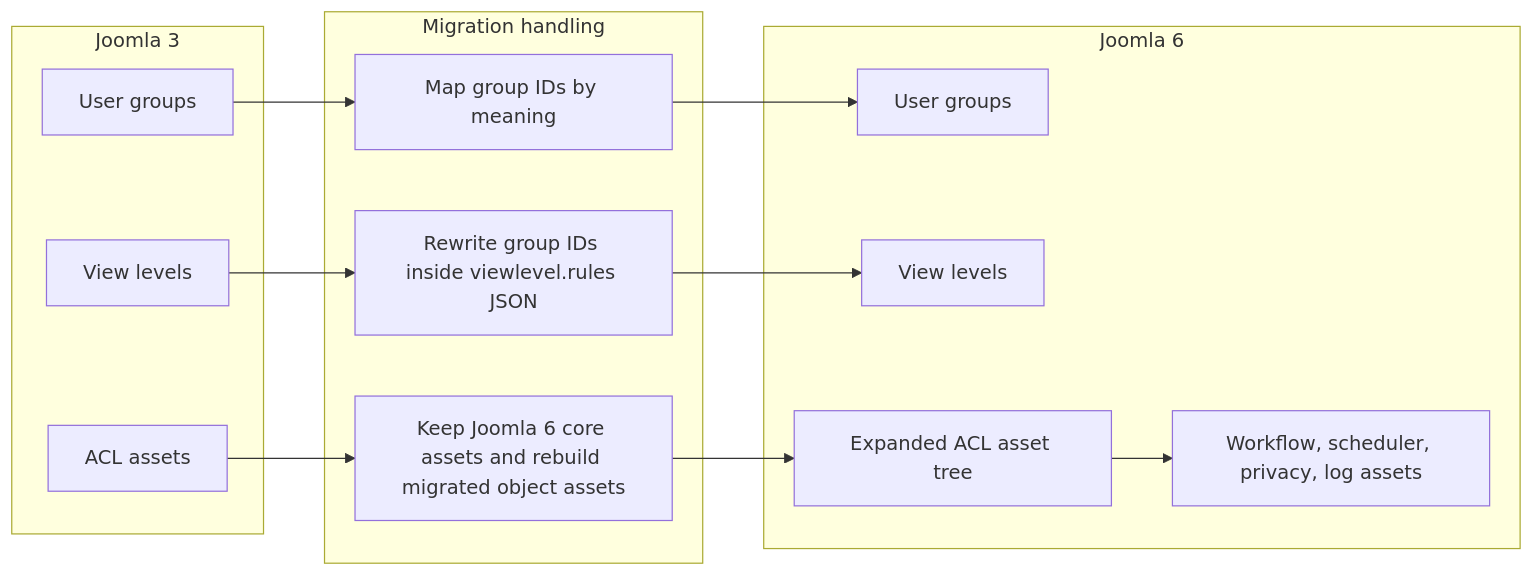
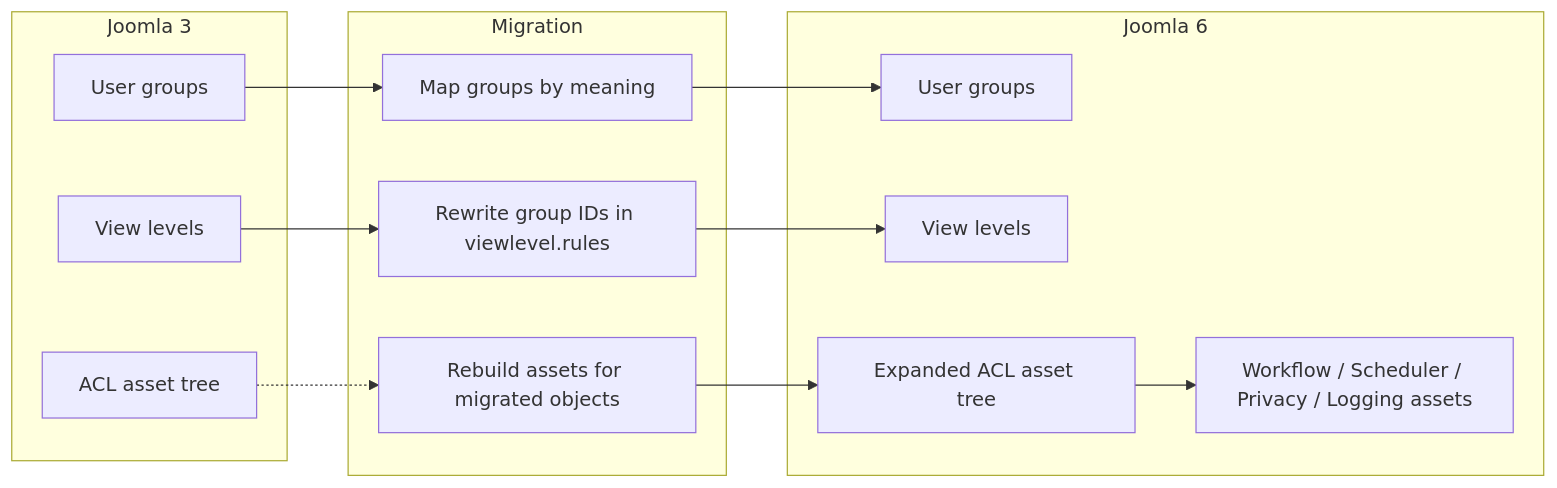
Before and after one commit to duyduyly/php-notebook: diagram 14 of 21 in docs/joomla/learning/database/joomla3-vs-joomla6-erd-gap-diagrams.md, drawn with Mermaid. The commit also changed other lines of this file, not shown here.

Commit message:
docs: improve Joomla 3 vs Joomla 6 ERD gap diagrams

````diff
--- a/docs/joomla/learning/database/joomla3-vs-joomla6-erd-gap-diagrams.md
+++ b/docs/joomla/learning/database/joomla3-vs-joomla6-erd-gap-diagrams.md
@@ -415,26 +500,26 @@
 ```mermaid
 flowchart LR
     subgraph J3["Joomla 3"]
-        J3GROUPS["User groups"]
+        J3GROUP["User groups"]
         J3VIEW["View levels"]
-        J3ASSETS["ACL assets"]
+        J3ASSET["ACL asset tree"]
     end
 
-    subgraph MAP["Migration handling"]
-        GROUPMAP["Map group IDs by meaning"]
-        RULEMAP["Rewrite group IDs inside viewlevel.rules JSON"]
-        ASSETREBUILD["Keep Joomla 6 core assets and rebuild migrated object assets"]
+    subgraph MAP["Migration"]
+        GROUPMAP["Map groups by meaning"]
+        RULEMAP["Rewrite group IDs in viewlevel.rules"]
+        ASSETBUILD["Rebuild assets for migrated objects"]
     end
 
     subgraph J6["Joomla 6"]
-        J6GROUPS["User groups"]
+        J6GROUP["User groups"]
         J6VIEW["View levels"]
-        J6ASSETS["Expanded ACL asset tree"]
-        J6NEW["Workflow, scheduler, privacy, log assets"]
+        J6ASSET["Expanded ACL asset tree"]
+        NEWASSETS["Workflow / Scheduler / Privacy / Logging assets"]
     end
 
-    J3GROUPS --> GROUPMAP --> J6GROUPS
+    J3GROUP --> GROUPMAP --> J6GROUP
     J3VIEW --> RULEMAP --> J6VIEW
-    J3ASSETS --> ASSETREBUILD --> J6ASSETS
-    J6ASSETS --> J6NEW
+    J3ASSET -.-> ASSETBUILD --> J6ASSET
+    J6ASSET --> NEWASSETS
 ```
````
